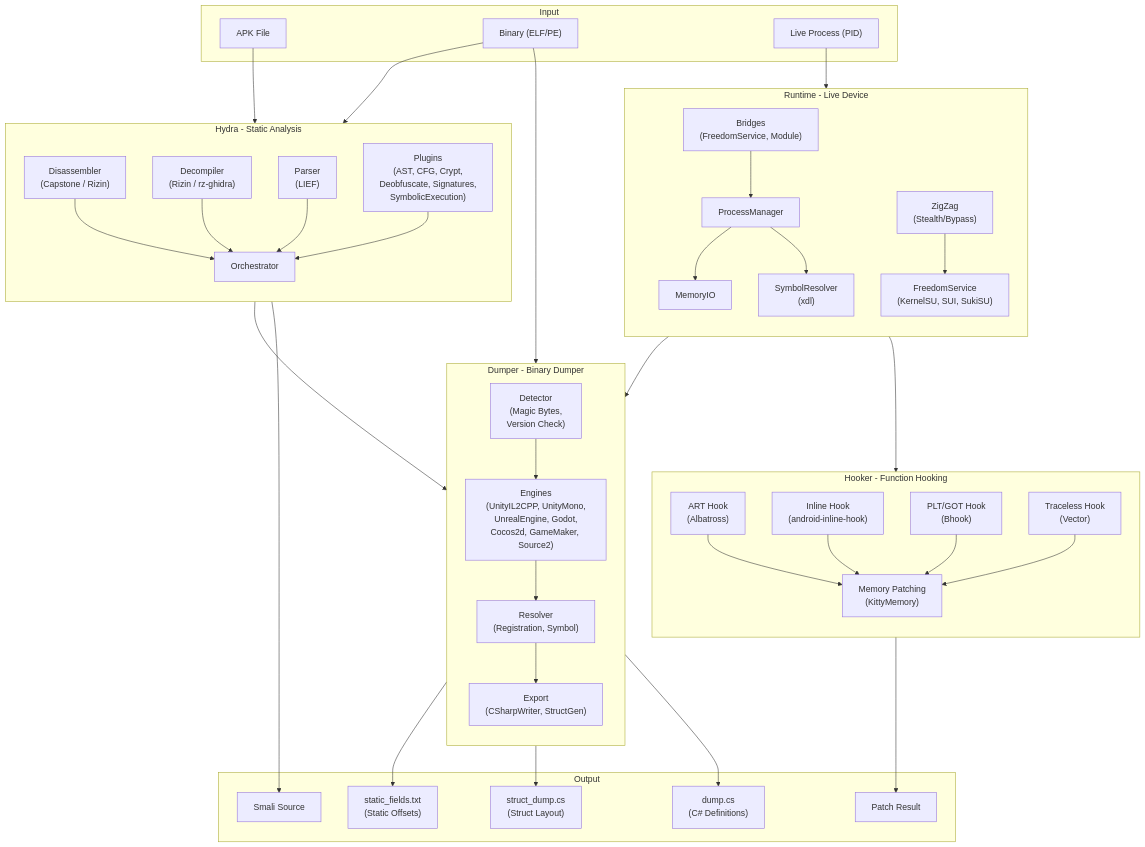
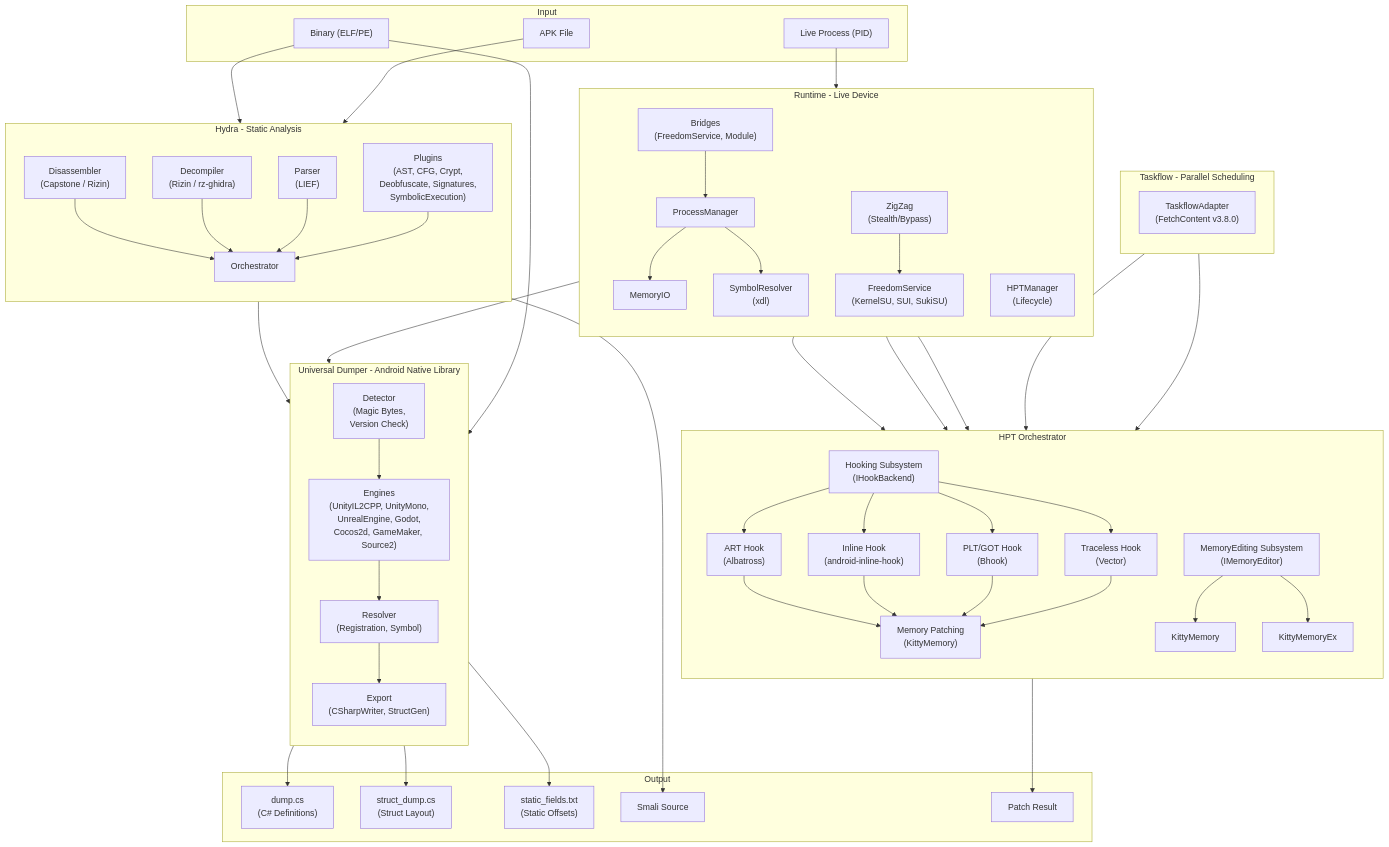
Before and after one commit to CicakDroid/OmniByte: the first of 2 diagrams in README_EN.md, drawn with Mermaid. The commit also changed other lines of this file and 5 other files, not shown here.

First line of the commit message:
docs: refresh all README diagrams & add build script

````diff
--- a/README_EN.md
+++ b/README_EN.md
@@ -160,7 +168,7 @@
         H_PLG --> H_ORC
     end
 
-    subgraph DUMPER["Dumper - Binary Dumper"]
+    subgraph DUMPER["Universal Dumper - Android Native Library"]
         direction TB
         D_DET["Detector\n(Magic Bytes,\nVersion Check)"]
         D_ENG["Engines\n(UnityIL2CPP, UnityMono,\nUnrealEngine, Godot,\nCocos2d, GameMaker, Source2)"]
@@ -171,16 +179,20 @@
         D_RES --> D_EXP
     end
 
-    subgraph HOOKER["Hooker - Function Hooking"]
+    subgraph HPT["HPT Orchestrator"]
         direction TB
-        HK_ART["ART Hook\n(Albatross)"]
-        HK_INL["Inline Hook\n(android-inline-hook)"]
-        HK_PLT["PLT/GOT Hook\n(Bhook)"]
-        HK_TLS["Traceless Hook\n(Vector)"]
+        HK_MOD["Hooking Subsystem\n(IHookBackend)"]
+        ME_MOD["MemoryEditing Subsystem\n(IMemoryEditor)"]
+        HK_MOD --> HK_ART["ART Hook\n(Albatross)"]
+        HK_MOD --> HK_INL["Inline Hook\n(android-inline-hook)"]
+        HK_MOD --> HK_PLT["PLT/GOT Hook\n(Bhook)"]
+        HK_MOD --> HK_TLS["Traceless Hook\n(Vector)"]
         HK_ART --> HK_MEM["Memory Patching\n(KittyMemory)"]
         HK_INL --> HK_MEM
         HK_PLT --> HK_MEM
         HK_TLS --> HK_MEM
+        ME_MOD --> ME_KIT["KittyMemory"]
+        ME_MOD --> ME_KITX["KittyMemoryEx"]
     end
 
     subgraph RUNTIME["Runtime - Live Device"]
@@ -190,11 +202,19 @@
         R_MIO["MemoryIO"]
         R_SYM["SymbolResolver\n(xdl)"]
         R_ZZ["ZigZag\n(Stealth/Bypass)"]
+        R_HPT["HPTManager\n(Lifecycle)"]
         R_FS["FreedomService\n(KernelSU, SUI, SukiSU)"]
         R_BRG --> R_PM
         R_PM --> R_MIO
         R_PM --> R_SYM
         R_ZZ --> R_FS
+        R_HPT --> HK_MOD
+        R_HPT --> ME_MOD
+    end
+
+    subgraph TASKFLOW["Taskflow - Parallel Scheduling"]
+        direction TB
+        TF["TaskflowAdapter\n(FetchContent v3.8.0)"]
     end
 
     subgraph OUTPUT["Output"]
@@ -218,4 +238,6 @@
     HK_MEM --> O_PT
     R_MIO --> HK_MEM
     R_SYM --> D_RES
+    TF --> HK_MOD
+    TF --> ME_MOD
 ```
````
